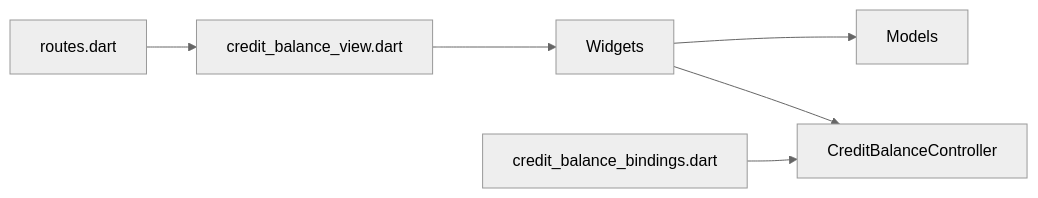
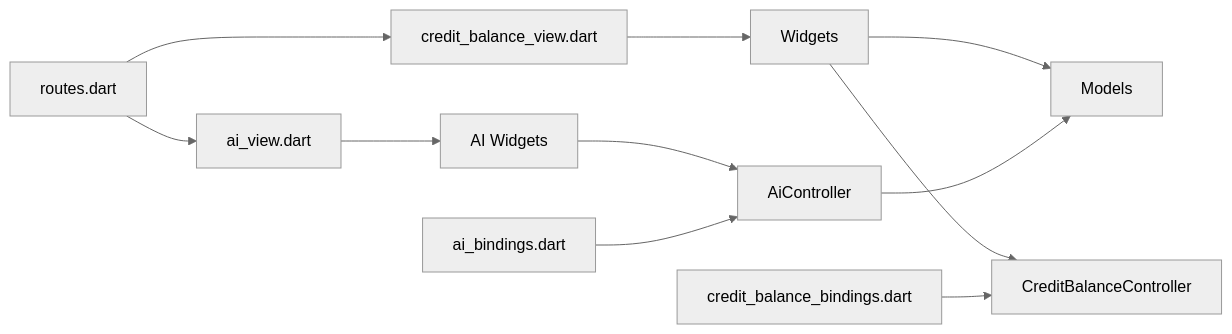
Before and after one commit to Ariful3111/FurniGo: diagram 14 of 14 in .qoder/repowiki/en/content/Core Features/User Profile Management/Credit Balance System.md, drawn with Mermaid (neutral theme). The commit also changed other lines of this file and 67 other files, not shown here.

````diff
--- a/.qoder/repowiki/en/content/Core Features/User Profile Management/Credit Balance System.md
+++ b/.qoder/repowiki/en/content/Core Features/User Profile Management/Credit Balance System.md
@@ -359,8 +550,13 @@
 ```mermaid
 graph LR
 Routes["routes.dart"] --> View["credit_balance_view.dart"]
+Routes --> AIView["ai_view.dart"]
 View --> Widgets["Widgets"]
+AIView --> AIWidgets["AI Widgets"]
 Widgets --> Models["Models"]
 Widgets --> Controller["CreditBalanceController"]
+AIWidgets --> AIController["AiController"]
+AIController --> Models
 Binding["credit_balance_bindings.dart"] --> Controller
+AIBinding["ai_bindings.dart"] --> AIController
 ```
````
